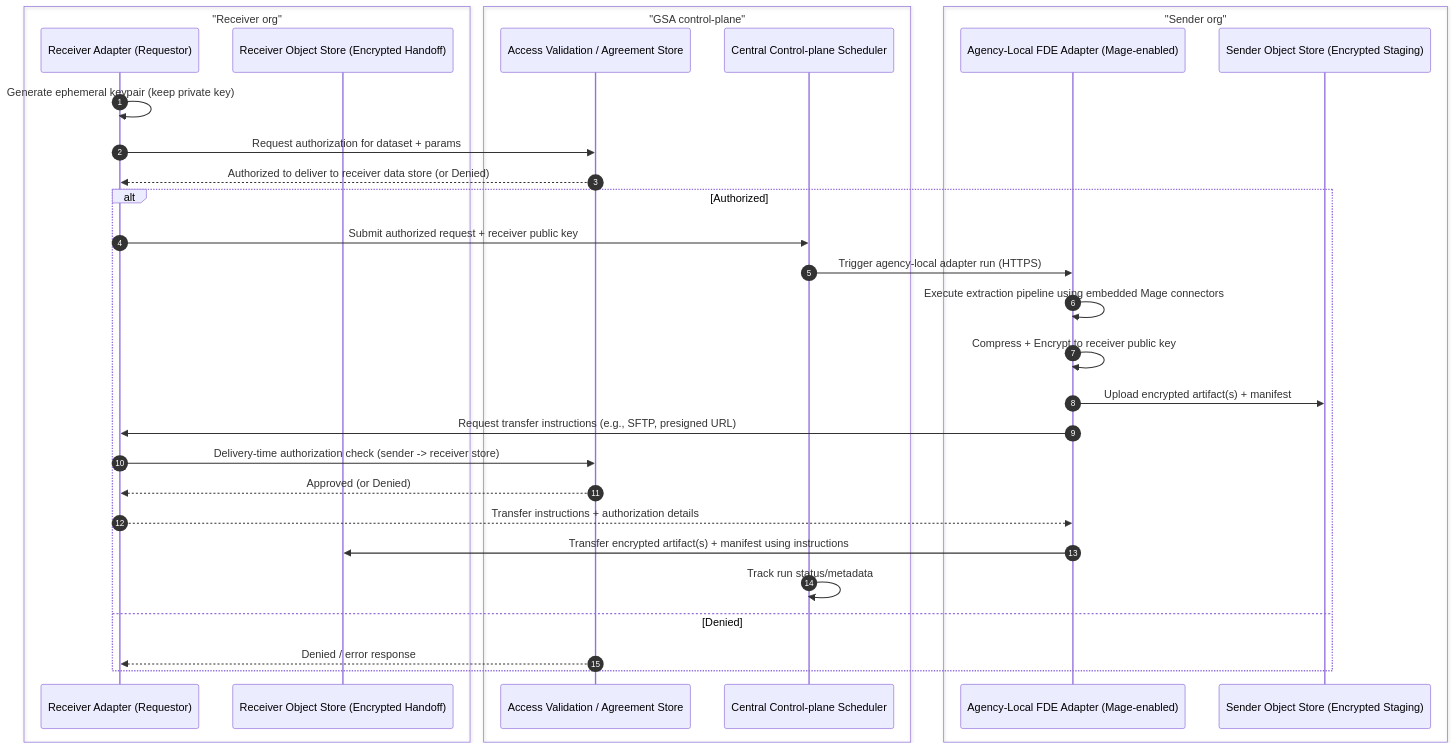
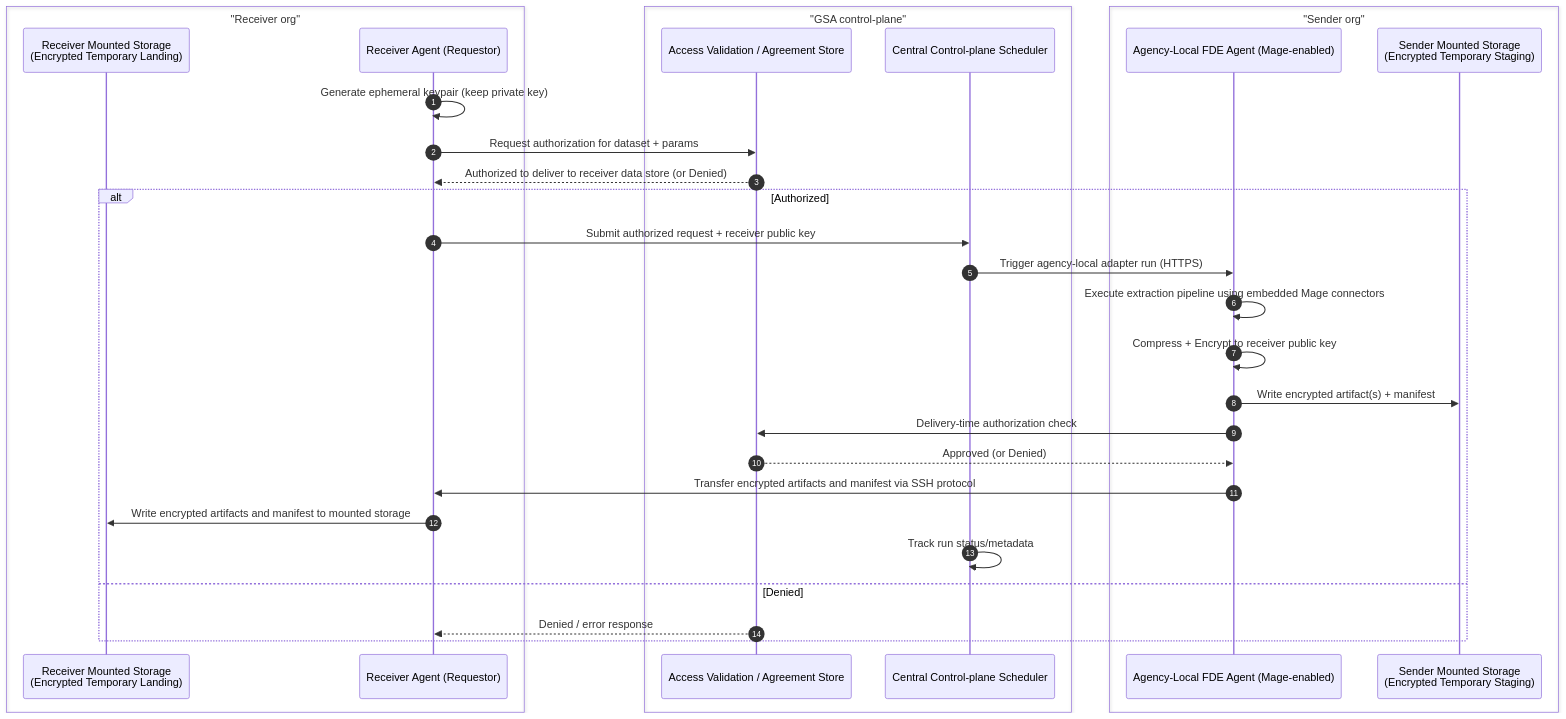
One commit to GSA-TTS/TTSE-Redwood changed the third of 8 diagrams in docs/adr/0001-fde-architecture-diagrams.md. Above: the diagram before and after it, drawn with Mermaid. The commit also changed other lines of this file and 1 other file, not shown here.

First line of the commit message:
WIP: refine FDE agent transfer flow (static mounts, SSH agent-to-agent)

````diff
--- a/docs/adr/0001-fde-architecture-diagrams.md
+++ b/docs/adr/0001-fde-architecture-diagrams.md
@@ -76,36 +73,35 @@
 ```mermaid
 sequenceDiagram
   autonumber
   box "Receiver org"
-    participant R as Receiver Adapter (Requestor)
-    participant ROS as Receiver Object Store (Encrypted Handoff)
+    participant RMS as Receiver Mounted Storage<br/>(Encrypted Temporary Landing)
+    participant R as Receiver Agent (Requestor)
   end
   box "GSA control-plane"
     participant AV as Access Validation / Agreement Store
     participant CP as Central Control-plane Scheduler
   end
   box "Sender org"
-    participant A as Agency-Local FDE Adapter (Mage-enabled)
-    participant SOS as Sender Object Store (Encrypted Staging)
+    participant A as Agency-Local FDE Agent (Mage-enabled)
+    participant SMS as Sender Mounted Storage<br/>(Encrypted Temporary Staging)
   end
 
   R->>R: Generate ephemeral keypair (keep private key)
   R->>AV: Request authorization for dataset + params
   AV-->>R: Authorized to deliver to receiver data store (or Denied)
 
   alt Authorized
     R->>CP: Submit authorized request + receiver public key
     CP->>A: Trigger agency-local adapter run (HTTPS)
     A->>A: Execute extraction pipeline using embedded Mage connectors
     A->>A: Compress + Encrypt to receiver public key
-    A->>SOS: Upload encrypted artifact(s) + manifest
-    A->>R: Request transfer instructions (e.g., SFTP, presigned URL)
-    R->>AV: Delivery-time authorization check (sender -> receiver store)
-    AV-->>R: Approved (or Denied)
-    R-->>A: Transfer instructions + authorization details
-    A->>ROS: Transfer encrypted artifact(s) + manifest using instructions
+    A->>SMS: Write encrypted artifact(s) + manifest
+    A->>AV: Delivery-time authorization check
+    AV-->>A: Approved (or Denied)
+    A->>R: Transfer encrypted artifacts and manifest via SSH protocol
+    R->>RMS: Write encrypted artifacts and manifest to mounted storage
     CP->>CP: Track run status/metadata
   else Denied
     AV-->>R: Denied / error response
   end
 ```
````
